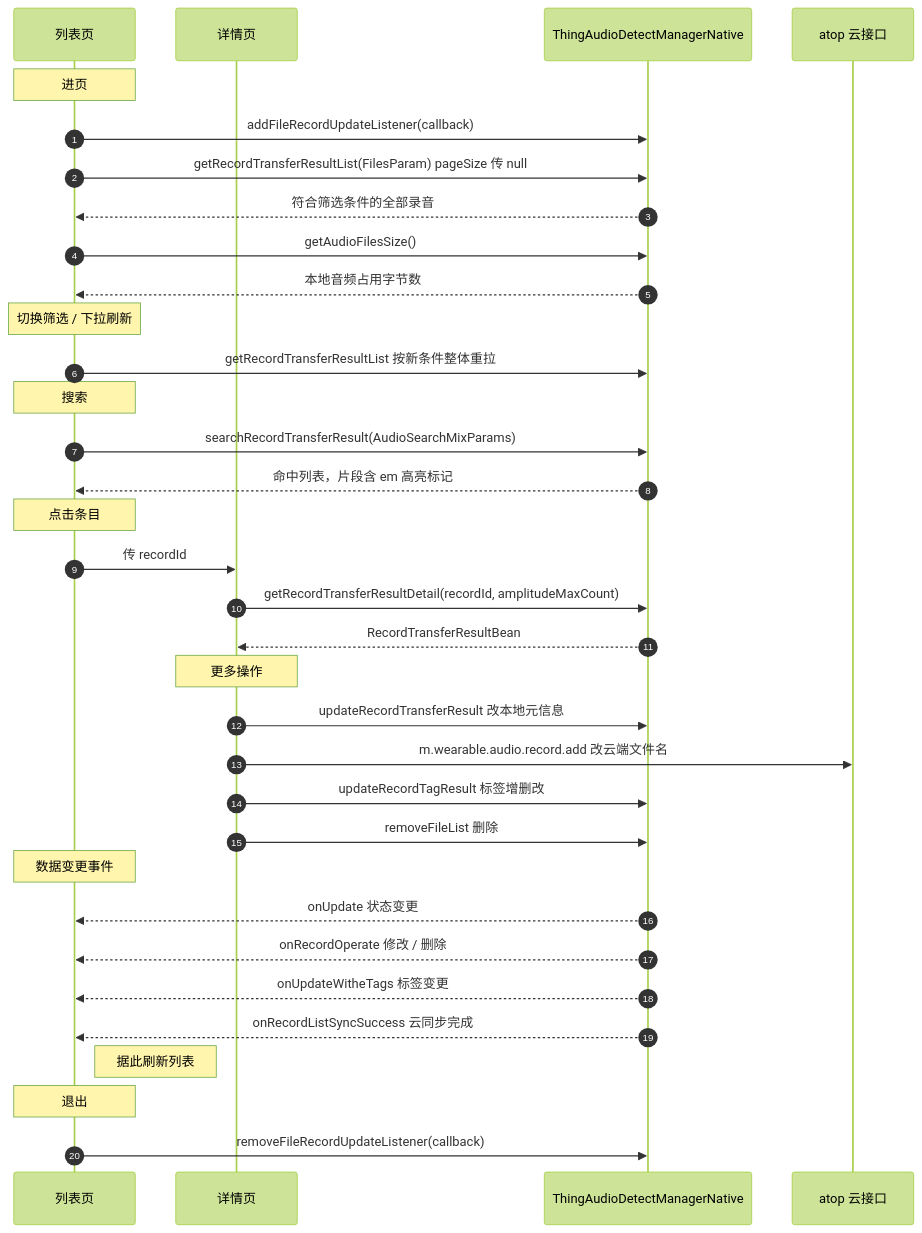
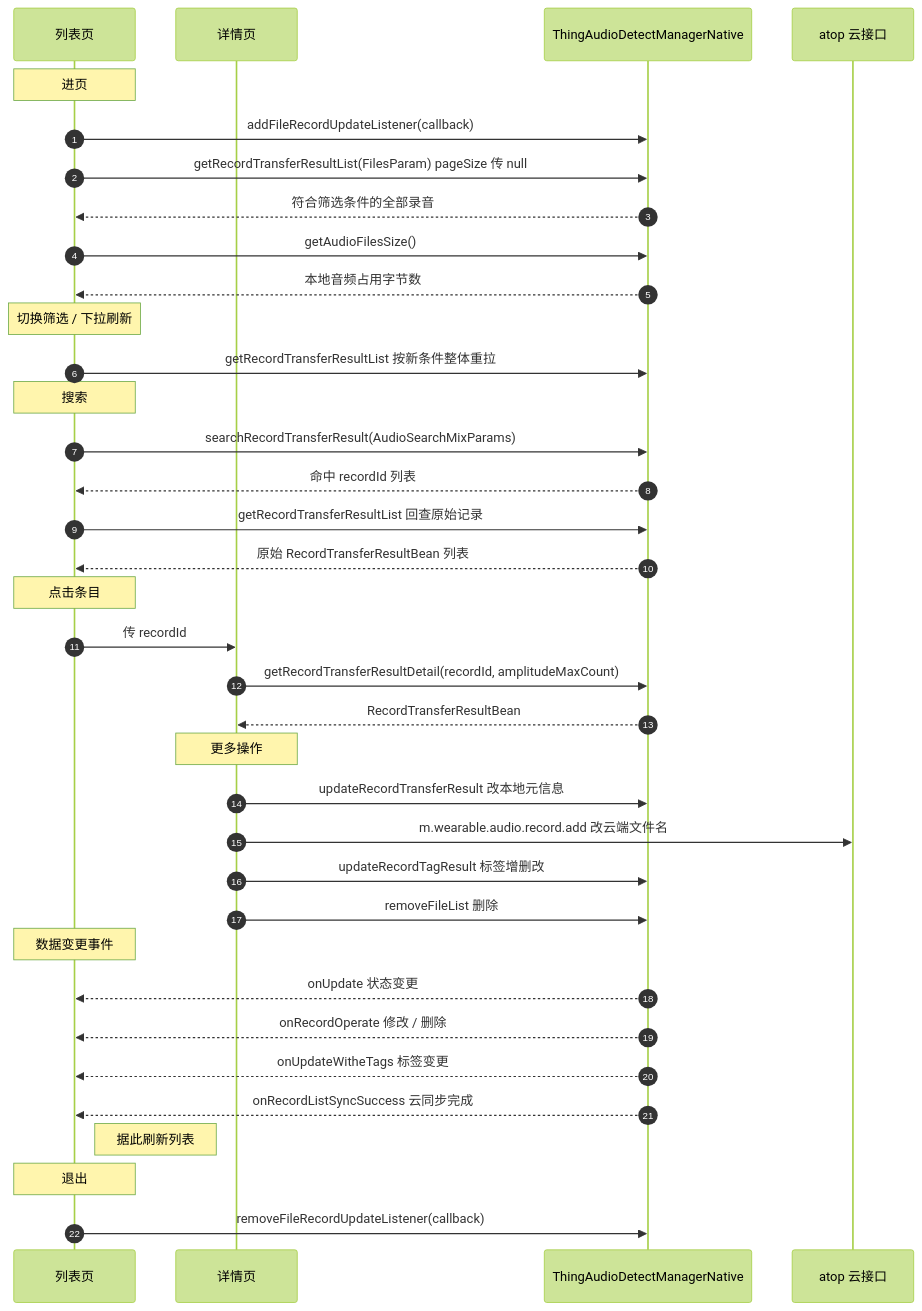
One commit to tuya/tuya-aivoice-android-sdk-sample changed the diagram in docs/modules/module-03-file-management.md. Above: the diagram before and after it, drawn with Mermaid (forest theme). The commit also changed other lines of this file and 30 other files, not shown here.

````diff
--- a/docs/modules/module-03-file-management.md
+++ b/docs/modules/module-03-file-management.md
@@ -41,43 +41,45 @@
 ```mermaid
 sequenceDiagram
     autonumber
     participant List as 列表页
     participant Detail as 详情页
     participant SDK as ThingAudioDetectManagerNative
     participant Atop as atop 云接口
 
     Note over List: 进页
     List->>SDK: addFileRecordUpdateListener(callback)
     List->>SDK: getRecordTransferResultList(FilesParam) pageSize 传 null
     SDK-->>List: 符合筛选条件的全部录音
     List->>SDK: getAudioFilesSize()
     SDK-->>List: 本地音频占用字节数
 
     Note over List: 切换筛选 / 下拉刷新
     List->>SDK: getRecordTransferResultList 按新条件整体重拉
 
     Note over List: 搜索
     List->>SDK: searchRecordTransferResult(AudioSearchMixParams)
-    SDK-->>List: 命中列表，片段含 em 高亮标记
+    SDK-->>List: 命中 recordId 列表
+    List->>SDK: getRecordTransferResultList 回查原始记录
+    SDK-->>List: 原始 RecordTransferResultBean 列表
 
     Note over List: 点击条目
     List->>Detail: 传 recordId
     Detail->>SDK: getRecordTransferResultDetail(recordId, amplitudeMaxCount)
     SDK-->>Detail: RecordTransferResultBean
 
     Note over Detail: 更多操作
     Detail->>SDK: updateRecordTransferResult 改本地元信息
     Detail->>Atop: m.wearable.audio.record.add 改云端文件名
     Detail->>SDK: updateRecordTagResult 标签增删改
     Detail->>SDK: removeFileList 删除
 
     Note over List: 数据变更事件
     SDK-->>List: onUpdate 状态变更
     SDK-->>List: onRecordOperate 修改 / 删除
     SDK-->>List: onUpdateWitheTags 标签变更
     SDK-->>List: onRecordListSyncSuccess 云同步完成
     Note right of List: 据此刷新列表
 
     Note over List: 退出
     List->>SDK: removeFileRecordUpdateListener(callback)
 ```
````
